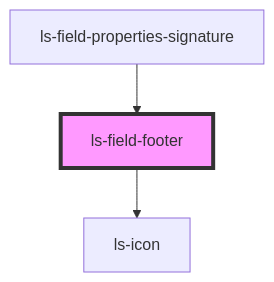
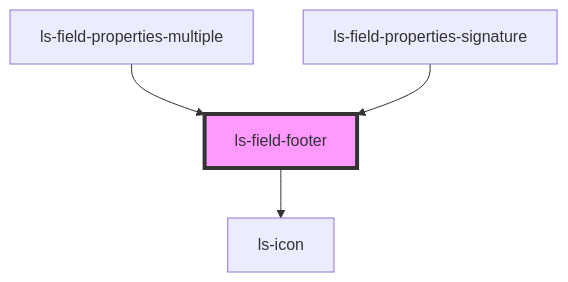
Before and after one commit to legalesign/ls-document-viewer: the diagram in src/components/ls-field-footer/readme.md, drawn with Mermaid. The commit also changed other lines of this file and 7 other files, not shown here.

````diff
--- a/src/components/ls-field-footer/readme.md
+++ b/src/components/ls-field-footer/readme.md
@@ -34,6 +35,7 @@
 ```mermaid
 graph TD;
   ls-field-footer --> ls-icon
+  ls-field-properties-multiple --> ls-field-footer
   ls-field-properties-signature --> ls-field-footer
   style ls-field-footer fill:#f9f,stroke:#333,stroke-width:4px
 ```
````
